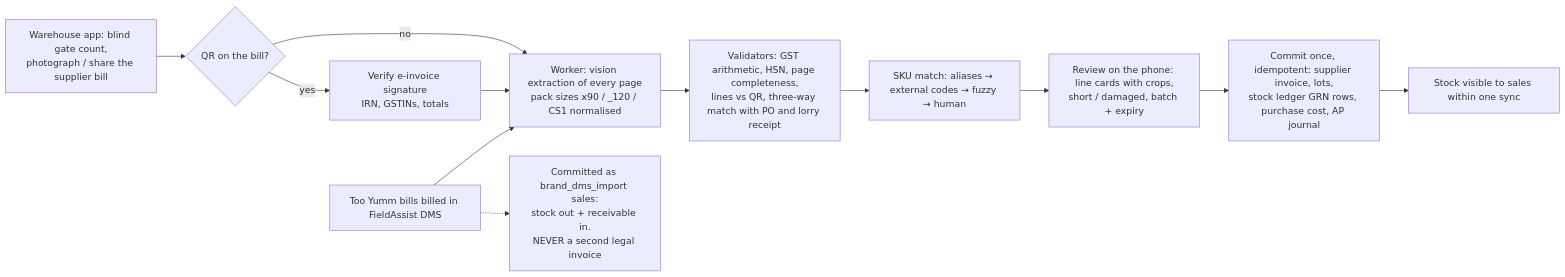
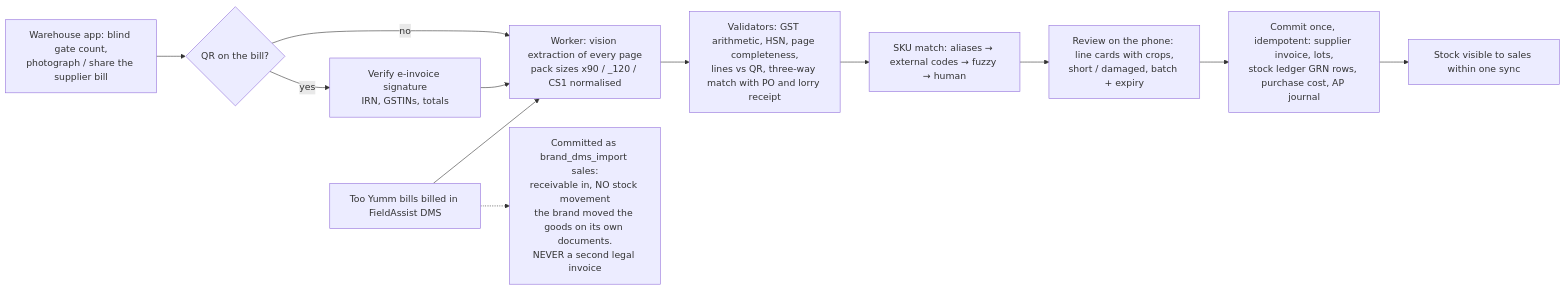
One commit to prajwalchavan/Distribution-OS changed the third of 5 diagrams in docs/22-source-of-truth.md. Above: the diagram before and after it, drawn with Mermaid. The commit also changed other lines of this file and 24 other files, not shown here.

````diff
--- a/docs/22-source-of-truth.md
+++ b/docs/22-source-of-truth.md
@@ -147,14 +147,14 @@
 ```mermaid
 flowchart LR
   A[Warehouse app: blind gate count,<br/>photograph / share the supplier bill] --> B{QR on the bill?}
   B -- yes --> C[Verify e-invoice signature<br/>IRN, GSTINs, totals]
   B -- no --> D
   C --> D[Worker: vision extraction of every page<br/>pack sizes x90 / _120 / CS1 normalised]
   D --> E[Validators: GST arithmetic, HSN, page completeness,<br/>lines vs QR, three-way match with PO and lorry receipt]
   E --> F[SKU match: aliases → external codes → fuzzy → human]
   F --> G[Review on the phone: line cards with crops,<br/>short / damaged, batch + expiry]
   G --> H[Commit once, idempotent: supplier invoice, lots,<br/>stock ledger GRN rows, purchase cost, AP journal]
   H --> I[Stock visible to sales within one sync]
   J[Too Yumm bills billed in FieldAssist DMS] --> D
-  J -.-> K[Committed as brand_dms_import sales:<br/>stock out + receivable in.<br/>NEVER a second legal invoice]
+  J -.-> K[Committed as brand_dms_import sales:<br/>receivable in, NO stock movement<br/>the brand moved the goods on its own documents.<br/>NEVER a second legal invoice]
 ```
````
